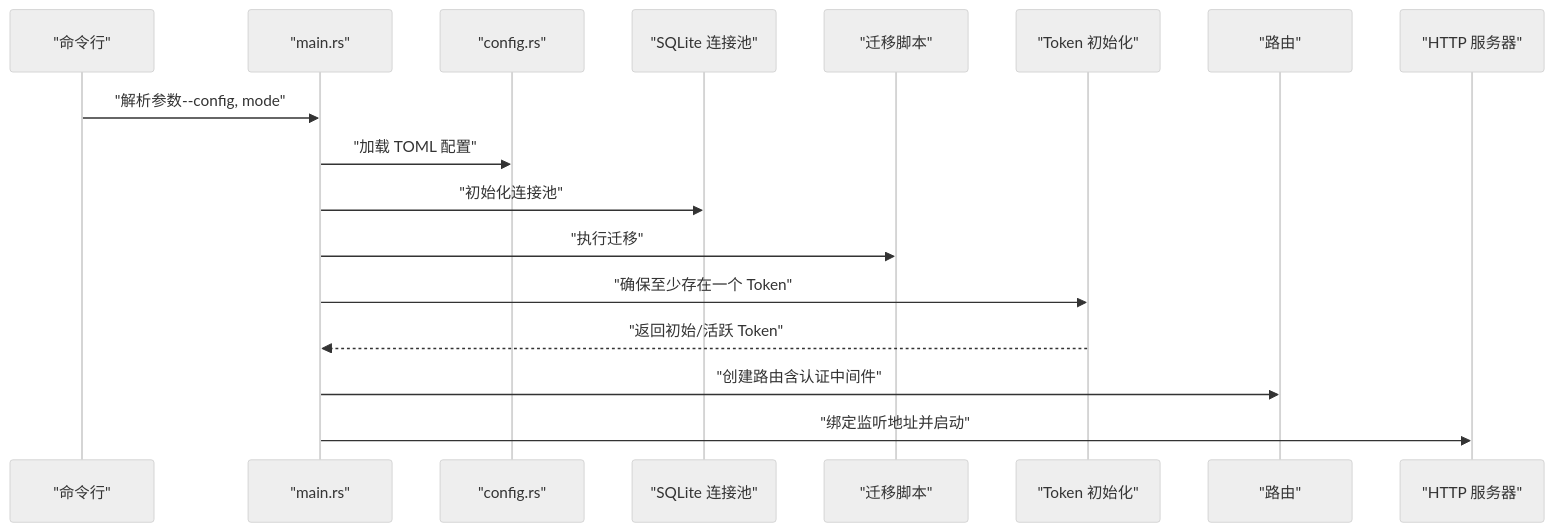
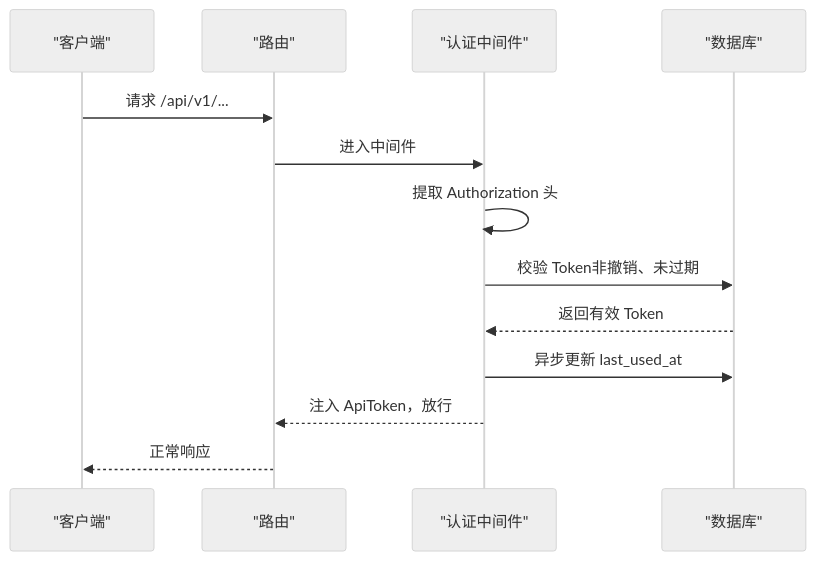
One commit to leimu-hue/AI-Trend-Tool changed the fifth of 7 diagrams in .qoder/repowiki/zh/content/快速开始.md. Above: the diagram before and after it, drawn with Mermaid (neutral theme). The commit also changed other lines of this file and 118 other files, not shown here.

````diff
--- a/.qoder/repowiki/zh/content/快速开始.md
+++ b/.qoder/repowiki/zh/content/快速开始.md
@@ -197,19 +220,15 @@
 ```mermaid
 sequenceDiagram
-participant CLI as "命令行"
-participant Main as "main.rs"
-participant Config as "config.rs"
-participant DB as "SQLite 连接池"
-participant Migrate as "迁移脚本"
-participant Token as "Token 初始化"
+participant Client as "客户端"
 participant Router as "路由"
-participant Server as "HTTP 服务器"
-CLI->>Main : "解析参数--config, mode"
-Main->>Config : "加载 TOML 配置"
-Main->>DB : "初始化连接池"
-Main->>Migrate : "执行迁移"
-Main->>Token : "确保至少存在一个 Token"
-Token-->>Main : "返回初始/活跃 Token"
-Main->>Router : "创建路由含认证中间件"
-Main->>Server : "绑定监听地址并启动"
+participant MW as "认证中间件"
+participant DB as "数据库"
+Client->>Router : 请求 /api/v1/...
+Router->>MW : 进入中间件
+MW->>MW : 提取 Authorization 头
+MW->>DB : 校验 Token非撤销、未过期
+DB-->>MW : 返回有效 Token
+MW->>DB : 异步更新 last_used_at
+MW-->>Router : 注入 ApiToken，放行
+Router-->>Client : 正常响应
 ```
````
